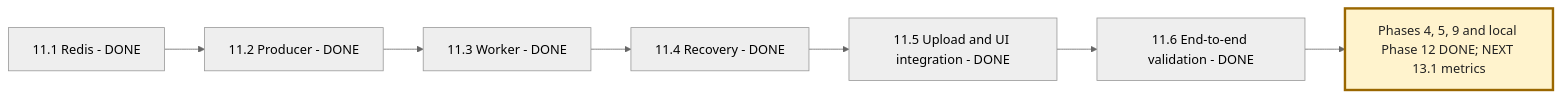
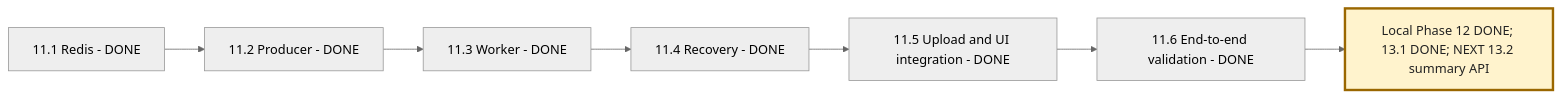
Before and after one commit to msdian0007/nexaAi: the third of 5 diagrams in NEXAAI_ROADMAP.md, drawn with Mermaid (neutral theme). The commit also changed other lines of this file and 4 other files, not shown here.

````diff
--- a/NEXAAI_ROADMAP.md
+++ b/NEXAAI_ROADMAP.md
@@ -257,10 +256,10 @@
 ```mermaid
 flowchart LR
     A[11.1 Redis - DONE] --> B[11.2 Producer - DONE]
     B --> C[11.3 Worker - DONE]
     C --> D[11.4 Recovery - DONE]
     D --> E[11.5 Upload and UI integration - DONE]
     E --> F[11.6 End-to-end validation - DONE]
-    F --> G[Phases 4, 5, 9 and local Phase 12 DONE; NEXT 13.1 metrics]
+    F --> G[Local Phase 12 DONE; 13.1 DONE; NEXT 13.2 summary API]
     style G fill:#fff3cd,stroke:#9a6700,stroke-width:3px,color:#222
 ```
````
